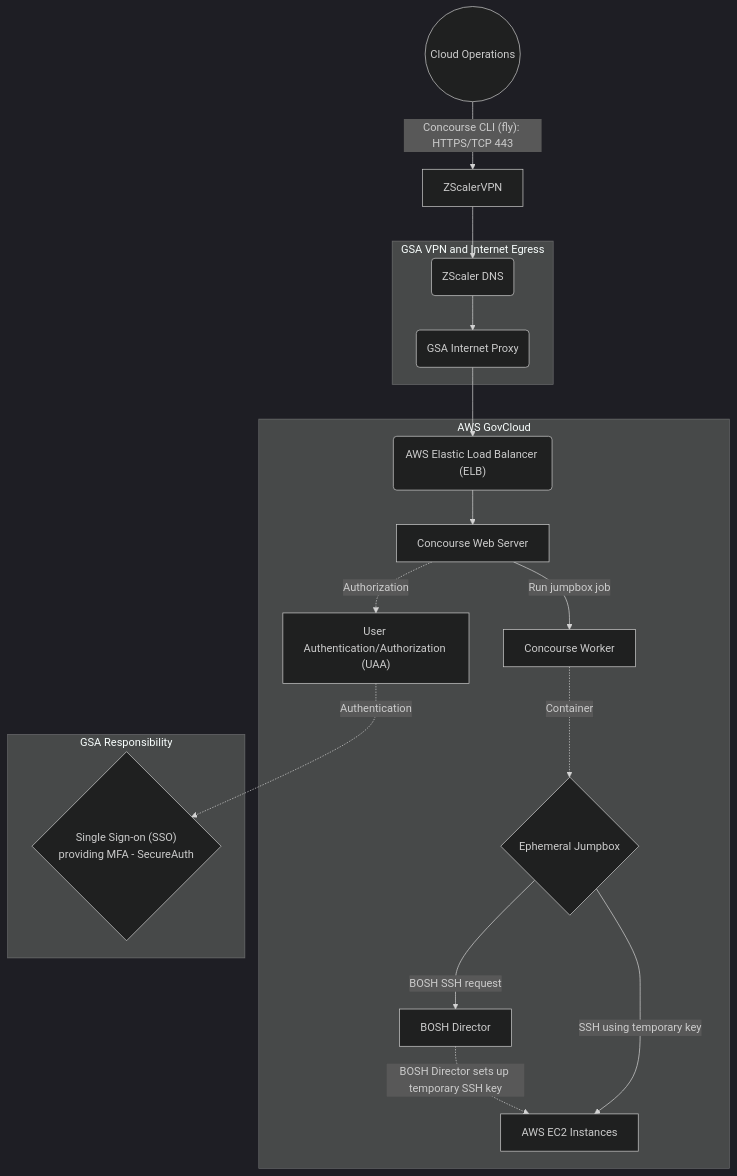
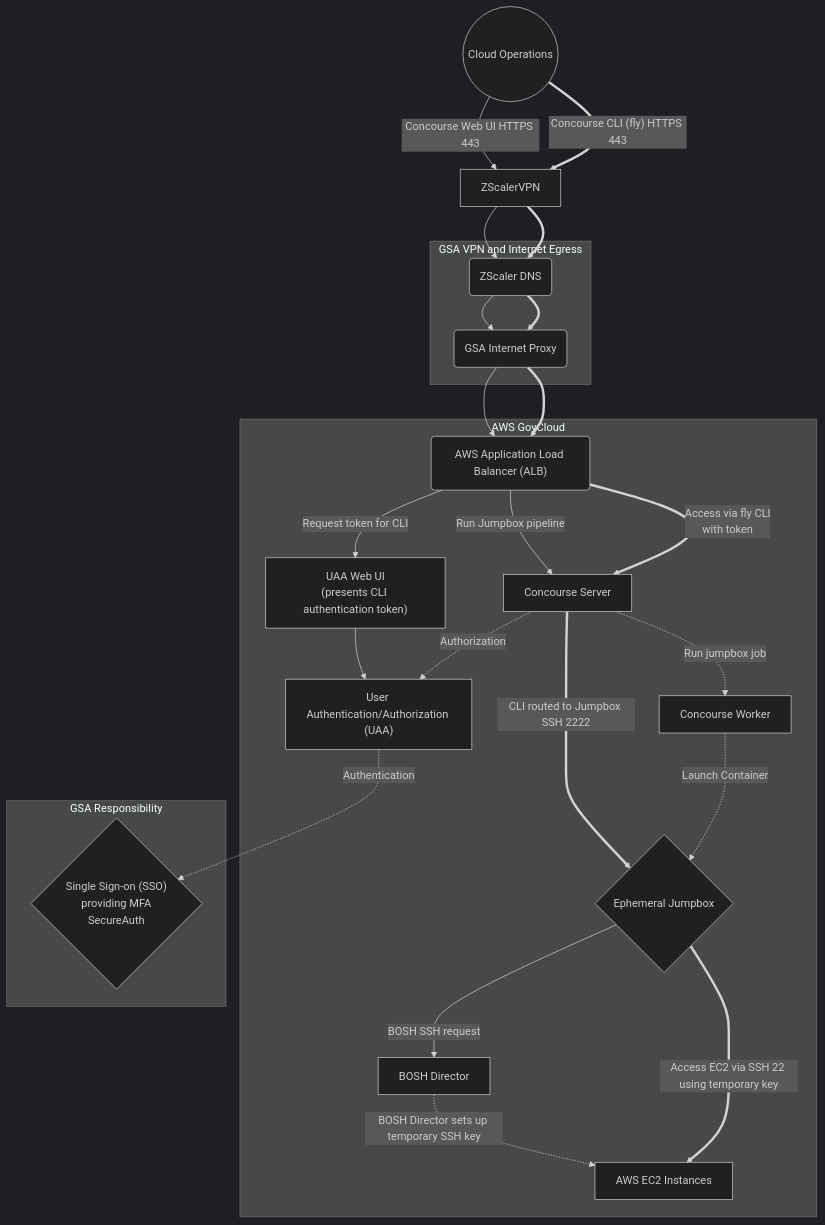
One commit to cloud-gov/system-diagrams changed the diagram in source/diagrams/10-4.2-jumpbox.mmd. Above: the diagram before and after it, drawn with Mermaid (dark theme).

Commit message:
CSSS-44 update jumpbox diagram (#145)
* update jumpbox flow

* rename to auth web ui

* clarified web UI for token

* removed incorrect URL

```diff
--- a/source/diagrams/10-4.2-jumpbox.mmd
+++ b/source/diagrams/10-4.2-jumpbox.mmd
@@ -1,32 +1,37 @@
 %% title: 10-4.2 Jumpbox Data Flow
 %% description: Section 10 - System Environment - Figure 10-4.2 Jumpbox Data Flow
 graph TD
 
   subgraph AWS GovCloud
     UAA["User Authentication/Authorization (UAA)"]
-    web["Concourse Web Server"]
+    concourse["Concourse Server"]
     worker[Concourse Worker]
     Jumpbox{Ephemeral Jumpbox}
     BOSH[BOSH Director]
     EC2[AWS EC2 Instances]
-    ELB("AWS Elastic Load Balancer (ELB)")
+    ALB("AWS Application Load Balancer (ALB)")
+    opsuaaweb["UAA Web UI<br>(presents CLI authentication token)"]
   end
   subgraph GSA Responsibility
-    SAML{"Single Sign-on (SSO)<br>providing MFA - SecureAuth"}
+    SAML{"Single Sign-on (SSO)<br>providing MFA<br>SecureAuth"}
   end
   subgraph GSA VPN and Internet Egress
     ZScalerDNS("ZScaler DNS")
     GSAProxy("GSA Internet Proxy")
   end
 
   Ops((Cloud Operations))
 
-  Ops--"Concourse CLI (fly): HTTPS/TCP 443"-->ZScalerVPN-->ZScalerDNS-->GSAProxy-->ELB
-  ELB-->web
+  Ops--"Concourse Web UI HTTPS 443"-->ZScalerVPN-->ZScalerDNS-->GSAProxy-->ALB
+  Ops=="Concourse CLI (fly) HTTPS 443"==>ZScalerVPN==>ZScalerDNS==>GSAProxy==>ALB
+  ALB--Run Jumpbox pipeline-->concourse
+  ALB==Access via fly CLI<br>with token==>concourse
+  concourse==CLI routed to Jumpbox SSH 2222==>Jumpbox
+  ALB--Request token for CLI-->opsuaaweb-->UAA
   UAA-.Authentication.->SAML
-  web-.Authorization.->UAA
-  web--Run jumpbox job-->worker
-  worker-.Container.->Jumpbox
+  concourse-.Authorization.->UAA
+  concourse-.Run jumpbox job.->worker
+  worker-.Launch Container.->Jumpbox
   Jumpbox--BOSH SSH request-->BOSH
   BOSH-.BOSH Director sets up temporary SSH key.->EC2
-  Jumpbox--SSH using temporary key-->EC2
+  Jumpbox==Access EC2 via SSH 22 using temporary key==>EC2
```
